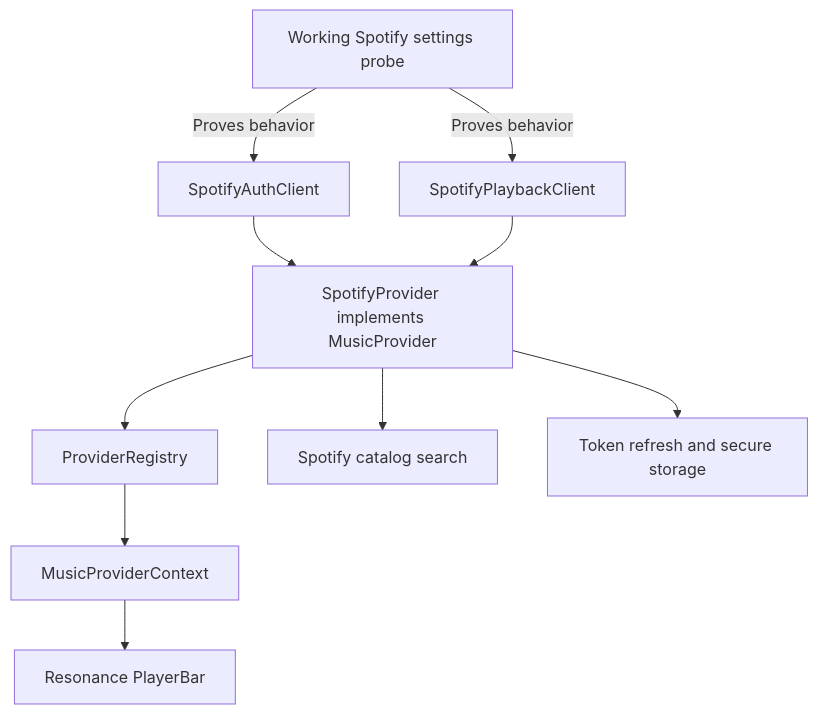
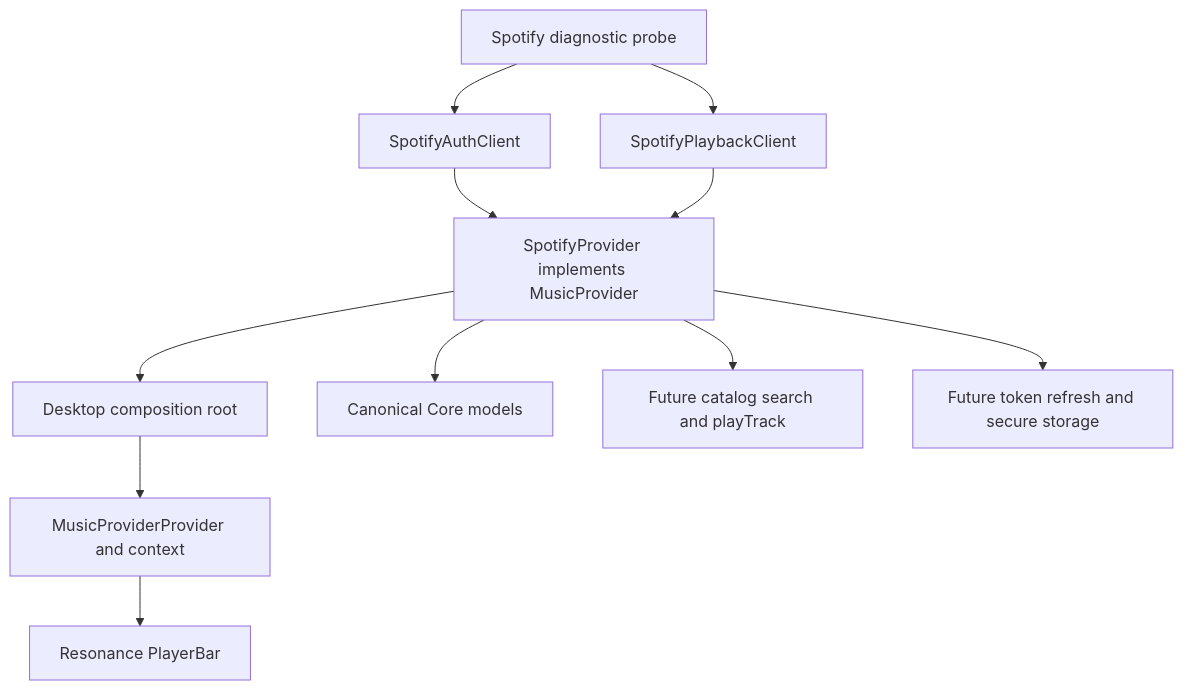
Before and after one commit to dombestein-data/resonance: the second of 2 diagrams in docs/research/spotify_web_playback.md, drawn with Mermaid. The commit also changed other lines of this file and 19 other files, not shown here.

Commit message:
feat(spotify-provider): Added initial Spotify Provider implementation

````diff
--- a/docs/research/spotify_web_playback.md
+++ b/docs/research/spotify_web_playback.md
@@ -384,22 +466,24 @@
 ```mermaid
 flowchart TD
-    Probe[Working Spotify settings probe]
+    Probe[Spotify diagnostic probe]
     Auth[SpotifyAuthClient]
     Playback[SpotifyPlaybackClient]
     Provider[SpotifyProvider implements MusicProvider]
-    Registry[ProviderRegistry]
-    Context[MusicProviderContext]
+    Composition[Desktop composition root]
+    Context[MusicProviderProvider and context]
     PlayerBar[Resonance PlayerBar]
-    Search[Spotify catalog search]
-    Storage[Token refresh and secure storage]
+    Models[Canonical Core models]
+    Search[Future catalog search and playTrack]
+    Storage[Future token refresh and secure storage]
 
-    Probe -->|Proves behavior| Auth
-    Probe -->|Proves behavior| Playback
+    Probe --> Auth
+    Probe --> Playback
     Auth --> Provider
     Playback --> Provider
-    Provider --> Registry
-    Registry --> Context
+    Provider --> Models
+    Provider --> Composition
+    Composition --> Context
     Context --> PlayerBar
     Provider --> Search
     Provider --> Storage
 ```
````
